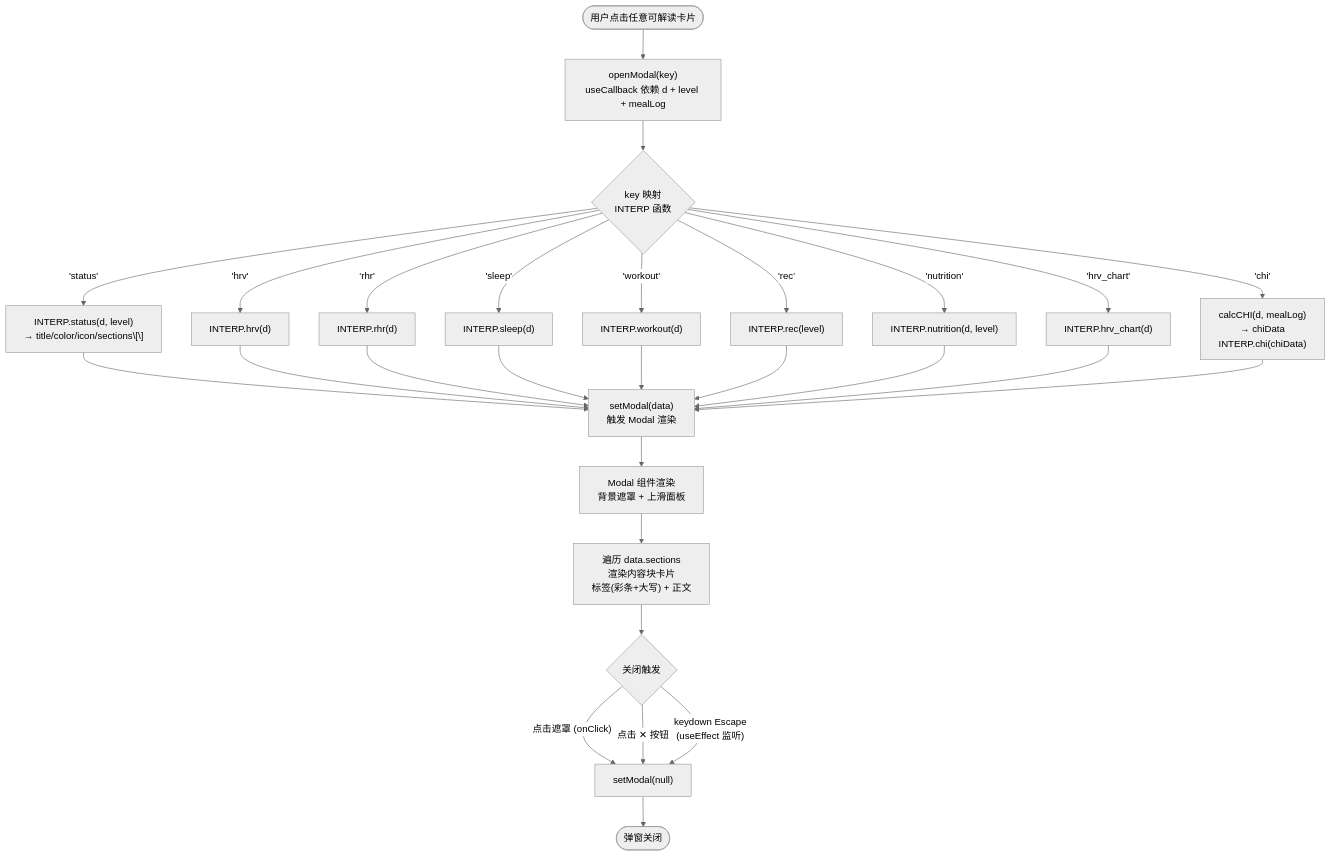
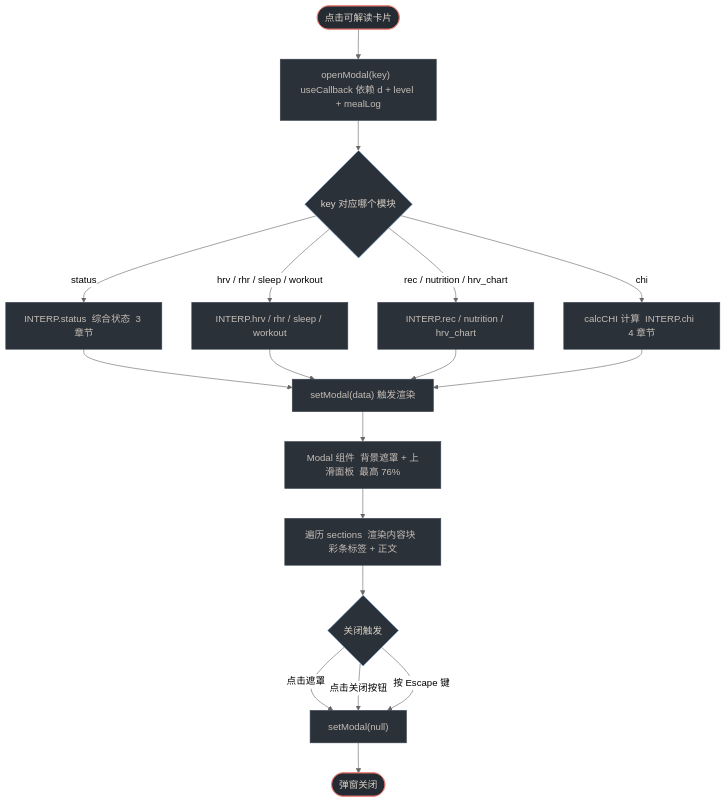
Before and after one commit to hengxinliang-design/coachAI: diagram 11 of 13 in design/product-spec-v1.0.md, drawn with Mermaid (neutral theme). The commit also changed other lines of this file, not shown here.

First line of the commit message:
fix: rewrite Appendix A Mermaid diagrams — fix parse errors & visual consistency

````diff
--- a/design/product-spec-v1.0.md
+++ b/design/product-spec-v1.0.md
@@ -1075,28 +1136,41 @@
 ```mermaid
 flowchart TD
-    TAP_CARD([用户点击任意可解读卡片]) --> OPEN["openModal(key)\nuseCallback 依赖 d + level + mealLog"]
-    OPEN --> MAP{"key 映射\nINTERP 函数"}
+    classDef S fill:#252B32,stroke:#F27D72,color:#D8D1C7
+    classDef P fill:#2B3138,stroke:#39424F,color:#C4BDB7
+    classDef D fill:#2B3138,stroke:#7DA7D9,color:#D8D1C7
+    classDef M fill:#1A2230,stroke:#4E5D94,color:#A09A94
 
-    MAP -->|"'status'"| F_STATUS["INTERP.status(d, level)\n→ title/color/icon/sections\[\]"]
-    MAP -->|"'hrv'"| F_HRV["INTERP.hrv(d)"]
-    MAP -->|"'rhr'"| F_RHR["INTERP.rhr(d)"]
-    MAP -->|"'sleep'"| F_SLEEP["INTERP.sleep(d)"]
-    MAP -->|"'workout'"| F_WORKOUT["INTERP.workout(d)"]
-    MAP -->|"'rec'"| F_REC["INTERP.rec(level)"]
-    MAP -->|"'nutrition'"| F_NUTRI["INTERP.nutrition(d, level)"]
-    MAP -->|"'hrv_chart'"| F_CHART["INTERP.hrv_chart(d)"]
-    MAP -->|"'chi'"| F_CHI["calcCHI(d, mealLog)\n→ chiData\nINTERP.chi(chiData)"]
+    T_TAP(["点击可解读卡片"])
+    T_END(["弹窗关闭"])
 
-    F_STATUS & F_HRV & F_RHR --> SET_MODAL["setModal(data)\n触发 Modal 渲染"]
-    F_SLEEP & F_WORKOUT & F_REC --> SET_MODAL
-    F_NUTRI & F_CHART & F_CHI --> SET_MODAL
+    OPEN["openModal(key)  useCallback 依赖 d + level + mealLog"]
+    CHK_KEY{"key 对应哪个模块"}
+    F1["INTERP.status  综合状态  3 章节"]
+    F2["INTERP.hrv / rhr / sleep / workout"]
+    F3["INTERP.rec / nutrition / hrv_chart"]
+    F4["calcCHI 计算  INTERP.chi  4 章节"]
+    SET_M["setModal(data)  触发渲染"]
+    RENDER_M["Modal 组件  背景遮罩 + 上滑面板  最高 76%"]
+    SEC["遍历 sections  渲染内容块  彩条标签 + 正文"]
+    CHK_CLOSE{"关闭触发"}
+    SET_NULL["setModal(null)"]
 
-    SET_MODAL --> RENDER_MODAL["Modal 组件渲染\n背景遮罩 + 上滑面板"]
-    RENDER_MODAL --> SECTIONS["遍历 data.sections\n渲染内容块卡片\n标签(彩条+大写) + 正文"]
+    T_TAP --> OPEN --> CHK_KEY
+    CHK_KEY -->|"status"| F1
+    CHK_KEY -->|"hrv / rhr / sleep / workout"| F2
+    CHK_KEY -->|"rec / nutrition / hrv_chart"| F3
+    CHK_KEY -->|"chi"| F4
+    F1 --> SET_M
+    F2 --> SET_M
+    F3 --> SET_M
+    F4 --> SET_M
+    SET_M --> RENDER_M --> SEC --> CHK_CLOSE
+    CHK_CLOSE -->|"点击遮罩"| SET_NULL
+    CHK_CLOSE -->|"点击关闭按钮"| SET_NULL
+    CHK_CLOSE -->|"按 Escape 键"| SET_NULL
+    SET_NULL --> T_END
 
-    SECTIONS --> CLOSE_TRG{关闭触发}
-    CLOSE_TRG -->|"点击遮罩 (onClick)"| CLOSE
-    CLOSE_TRG -->|"点击 ✕ 按钮"| CLOSE
-    CLOSE_TRG -->|"keydown Escape\n(useEffect 监听)"| CLOSE
-    CLOSE["setModal(null)"] --> END_MODAL([弹窗关闭])
+    class T_TAP,T_END S
+    class CHK_KEY,CHK_CLOSE D
+    class OPEN,F1,F2,F3,F4,SET_M,RENDER_M,SEC,SET_NULL P
 ```
````
